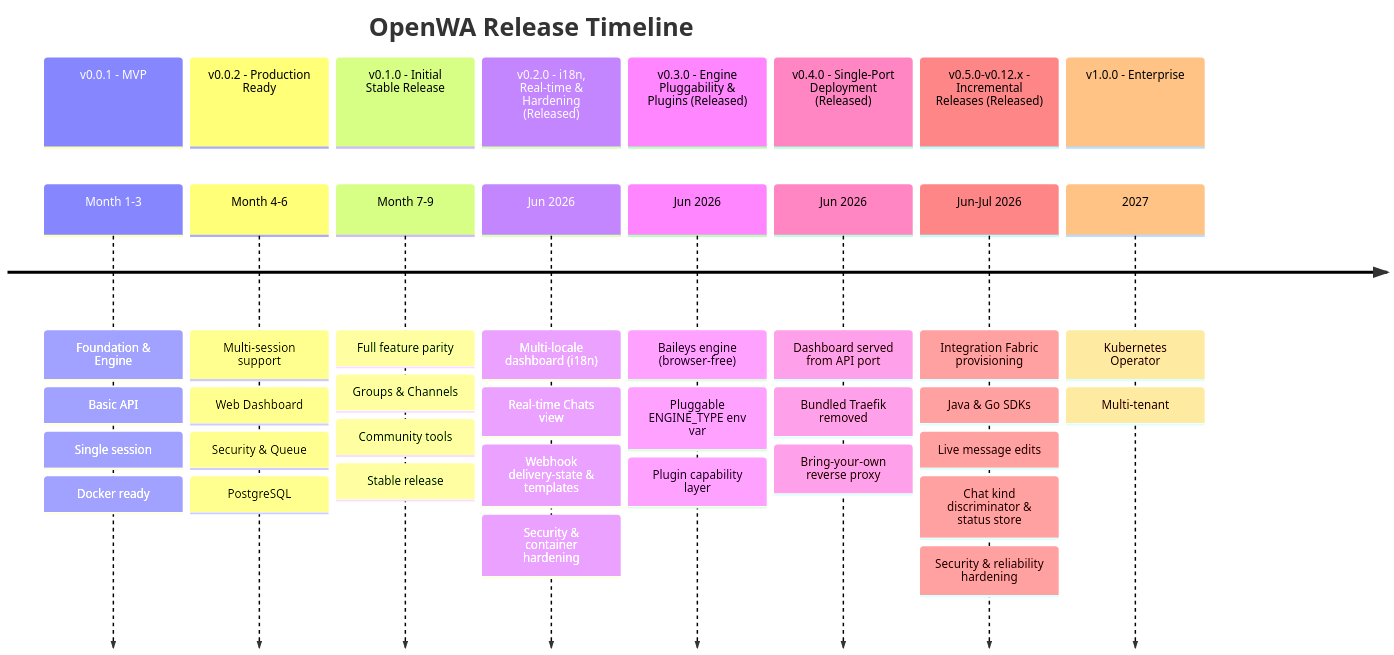
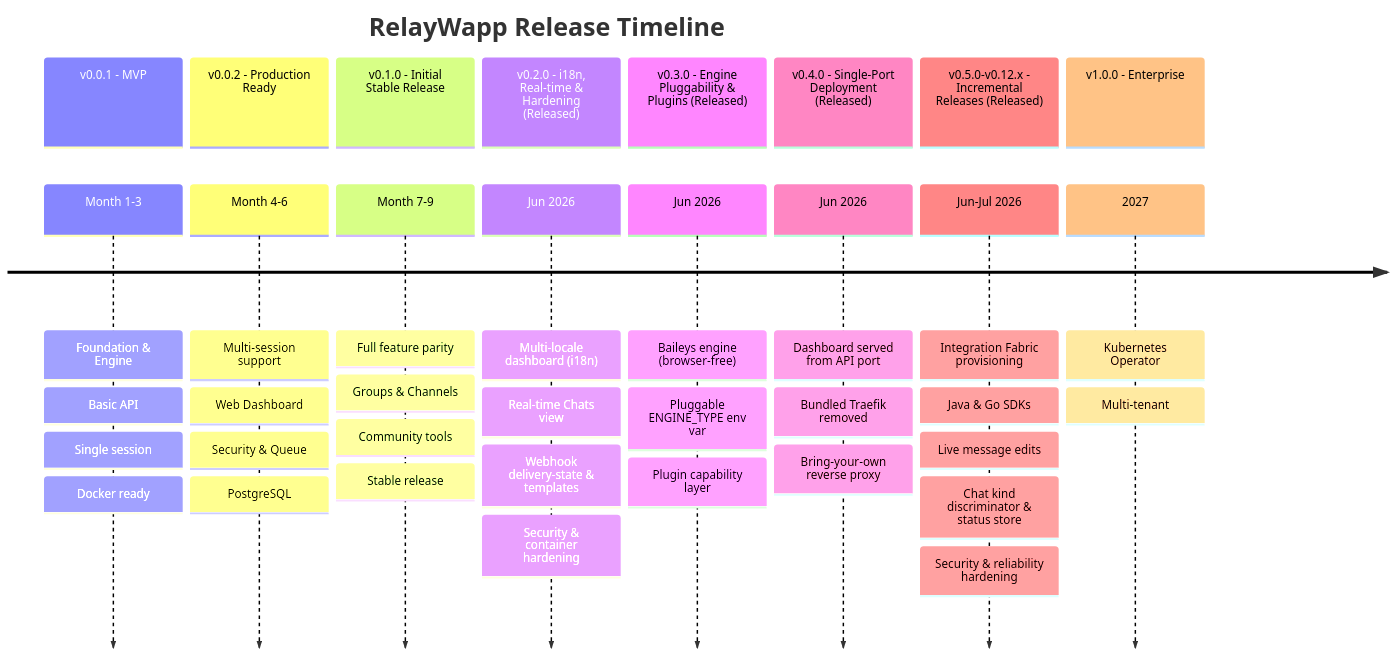
One commit to FaisalKabirGalib/whitelabel-whatsapp-gateway changed the first of 7 diagrams in docs/15-project-roadmap.md. Above: the diagram before and after it, drawn with Mermaid. The commit also changed other lines of this file and 51 other files, not shown here.

Commit message:
docs: rebrand documentation for RelayWapp

````diff
--- a/docs/15-project-roadmap.md
+++ b/docs/15-project-roadmap.md
@@ -5,49 +5,49 @@
 ```mermaid
 timeline
-    title OpenWA Release Timeline
+    title RelayWapp Release Timeline
 
     section v0.0.1 - MVP
         Month 1-3 : Foundation & Engine
                   : Basic API
                   : Single session
                   : Docker ready
 
     section v0.0.2 - Production Ready
         Month 4-6 : Multi-session support
                   : Web Dashboard
                   : Security & Queue
                   : PostgreSQL
 
     section v0.1.0 - Initial Stable Release
         Month 7-9 : Full feature parity
                   : Groups & Channels
                   : Community tools
                   : Stable release
 
     section v0.2.0 - i18n, Real-time & Hardening (Released)
         Jun 2026 : Multi-locale dashboard (i18n)
                  : Real-time Chats view
                  : Webhook delivery-state & templates
                  : Security & container hardening
 
     section v0.3.0 - Engine Pluggability & Plugins (Released)
         Jun 2026 : Baileys engine (browser-free)
                  : Pluggable ENGINE_TYPE env var
                  : Plugin capability layer
 
     section v0.4.0 - Single-Port Deployment (Released)
         Jun 2026 : Dashboard served from API port
                  : Bundled Traefik removed
                  : Bring-your-own reverse proxy
 
     section v0.5.0-v0.12.x - Incremental Releases (Released)
         Jun-Jul 2026 : Integration Fabric provisioning
                      : Java & Go SDKs
                      : Live message edits
                      : Chat kind discriminator & status store
                      : Security & reliability hardening
 
     section v1.0.0 - Enterprise
         2027 : Kubernetes Operator
              : Multi-tenant
 ```
````
